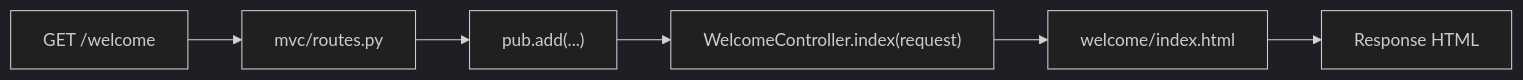
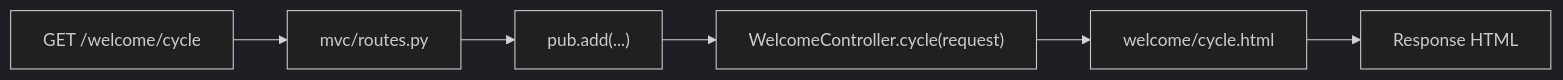
Before and after one commit to caucrogeGit/Forge: the sixth of 6 diagrams in docs/starters/welcome/index.md, drawn with Mermaid (dark theme). The commit also changed other lines of this file and 7 other files, not shown here.

````diff
--- a/docs/starters/welcome/index.md
+++ b/docs/starters/welcome/index.md
@@ -147,8 +236,8 @@
 ```mermaid
 flowchart LR
-    A["GET /welcome"] --> B["mvc/routes.py"]
+    A["GET /welcome/cycle"] --> B["mvc/routes.py"]
     B --> C["pub.add(...)"]
-    C --> D["WelcomeController.index(request)"]
-    D --> E["welcome/index.html"]
+    C --> D["WelcomeController.cycle(request)"]
+    D --> E["welcome/cycle.html"]
     E --> F["Response HTML"]
 ```
````
